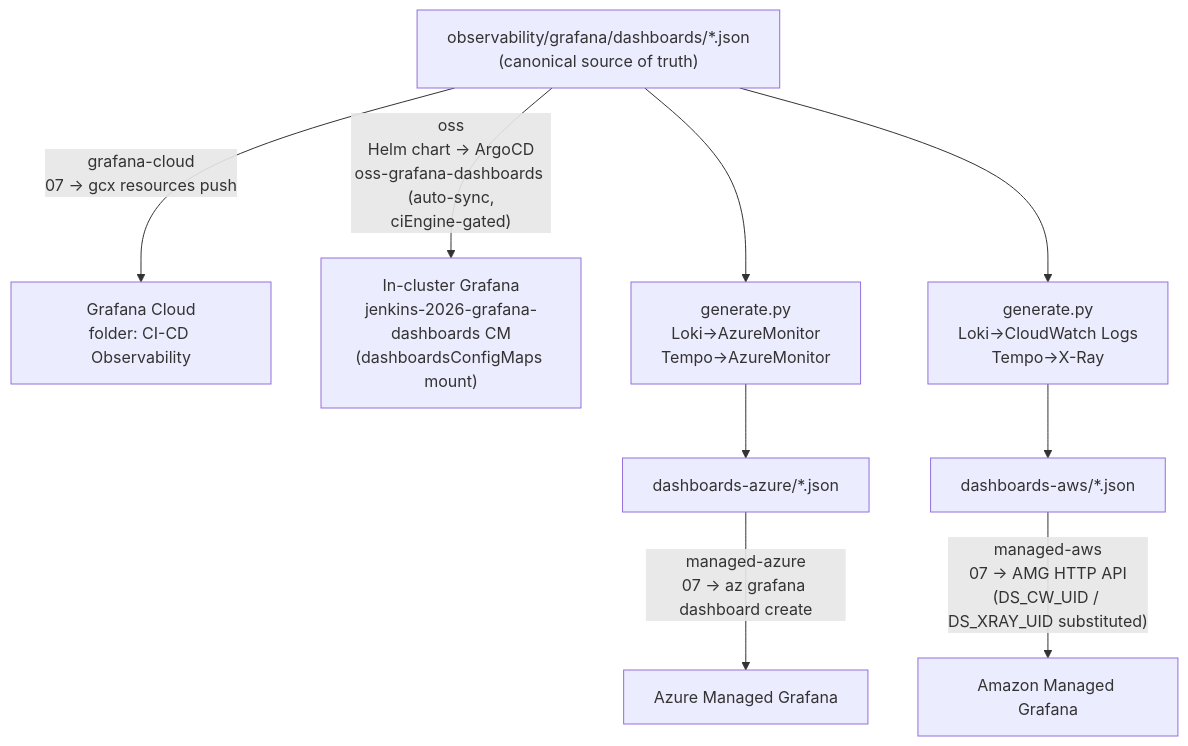
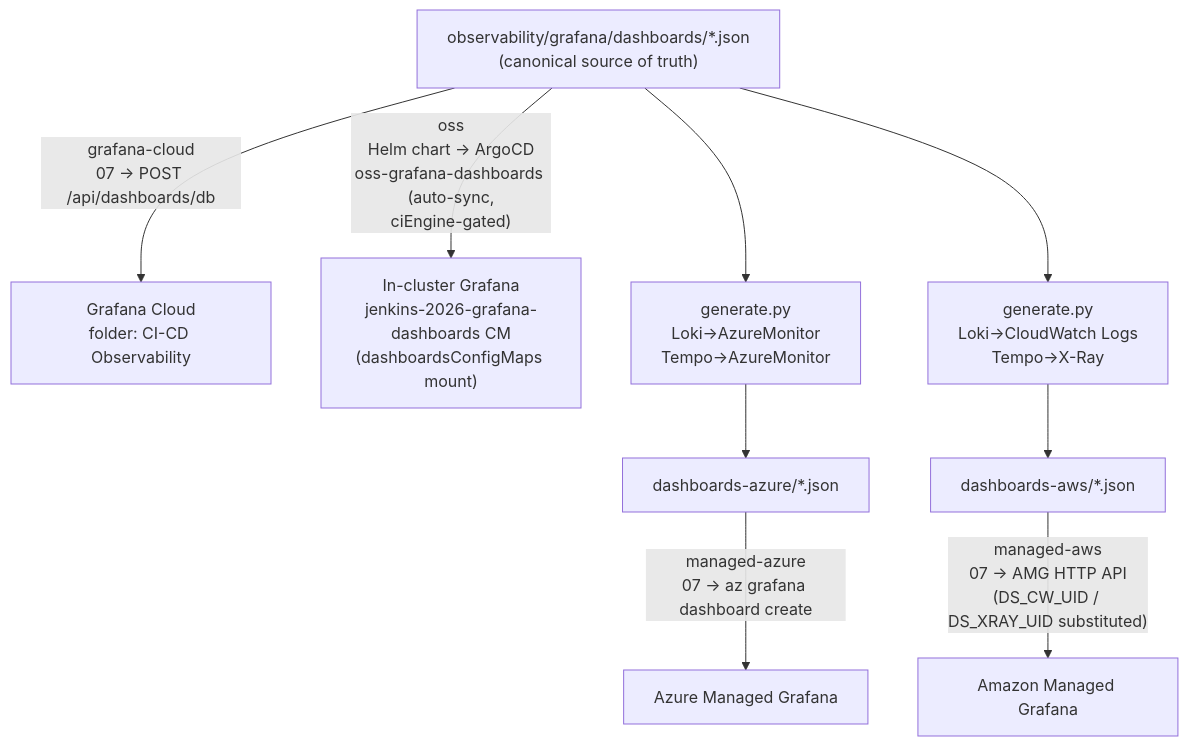
One commit to nubenetes/jenkins-2026 changed the fifth of 7 diagrams in docs/301-OBSERVABILITY.md. Above: the diagram before and after it, drawn with Mermaid. The commit also changed other lines of this file and 3 other files, not shown here.

First line of the commit message:
refactor(grafana-cloud): publish dashboards over HTTP API, drop gcx dependency

````diff
--- a/docs/301-OBSERVABILITY.md
+++ b/docs/301-OBSERVABILITY.md
@@ -598,16 +598,16 @@
 ```mermaid
 flowchart TD
   SRC["observability/grafana/dashboards/*.json\n(canonical source of truth)"]
 
-  SRC -->|"grafana-cloud\n07 → gcx resources push"| GC["Grafana Cloud\nfolder: CI-CD Observability"]
+  SRC -->|"grafana-cloud\n07 → POST /api/dashboards/db"| GC["Grafana Cloud\nfolder: CI-CD Observability"]
   SRC -->|"oss\nHelm chart → ArgoCD\noss-grafana-dashboards (auto-sync,\nciEngine-gated)"| OSS["In-cluster Grafana\njenkins-2026-grafana-dashboards CM\n(dashboardsConfigMaps mount)"]
 
   GEN_AZ["generate.py\nLoki→AzureMonitor\nTempo→AzureMonitor"]
   GEN_AWS["generate.py\nLoki→CloudWatch Logs\nTempo→X-Ray"]
 
   SRC --> GEN_AZ --> AZ["dashboards-azure/*.json"]
   SRC --> GEN_AWS --> AWS["dashboards-aws/*.json"]
 
   AZ -->|"managed-azure\n07 → az grafana dashboard create"| AMG_AZ["Azure Managed Grafana"]
   AWS -->|"managed-aws\n07 → AMG HTTP API\n(DS_CW_UID / DS_XRAY_UID substituted)"| AMG_AWS["Amazon Managed Grafana"]
 ```
````
